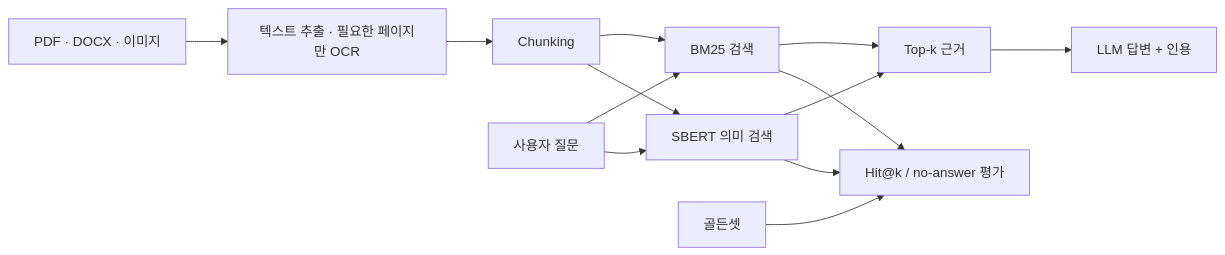
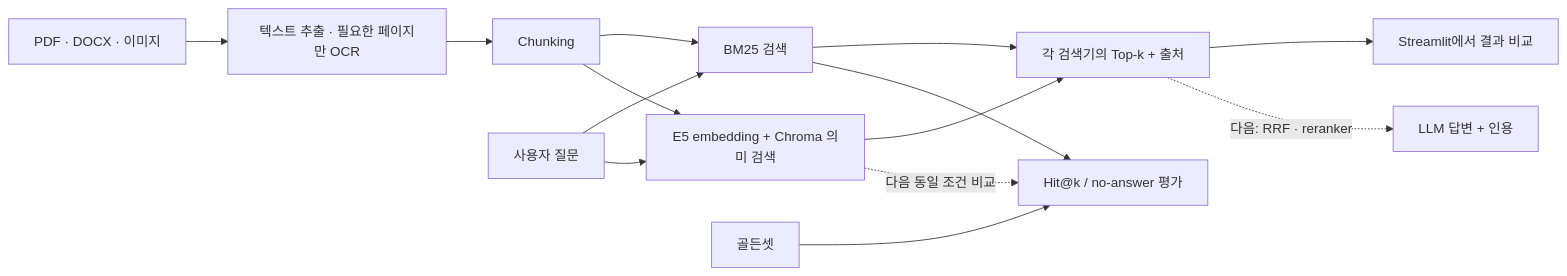
Before and after one commit to hamjinoo/gongo-rag: the diagram in README.md, drawn with Mermaid. The commit also changed other lines of this file and 13 other files, not shown here.

````diff
--- a/README.md
+++ b/README.md
@@ -28,15 +30,16 @@
 ```mermaid
 flowchart LR
     A["PDF · DOCX · 이미지"] --> B["텍스트 추출 · 필요한 페이지만 OCR"]
     B --> C["Chunking"]
     C --> D["BM25 검색"]
-    C --> E["SBERT 의미 검색"]
+    C --> E["E5 embedding + Chroma 의미 검색"]
     Q["사용자 질문"] --> D
     Q --> E
-    D --> F["Top-k 근거"]
+    D --> F["각 검색기의 Top-k + 출처"]
     E --> F
-    F --> G["LLM 답변 + 인용"]
+    F --> U["Streamlit에서 결과 비교"]
+    F -. "다음: RRF · reranker" .-> G["LLM 답변 + 인용"]
     H["골든셋"] --> I["Hit@k / no-answer 평가"]
     D --> I
-    E --> I
+    E -. "다음 동일 조건 비교" .-> I
 ```
````
